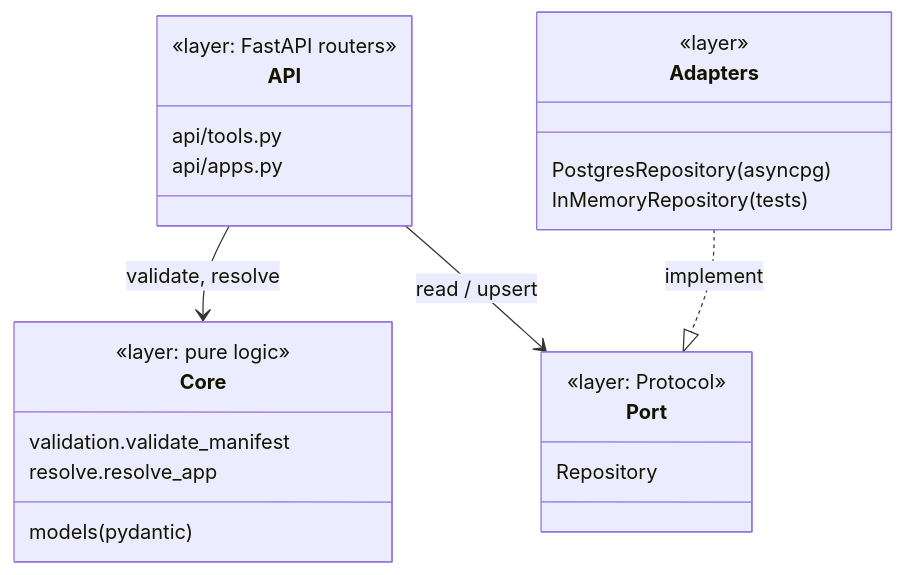
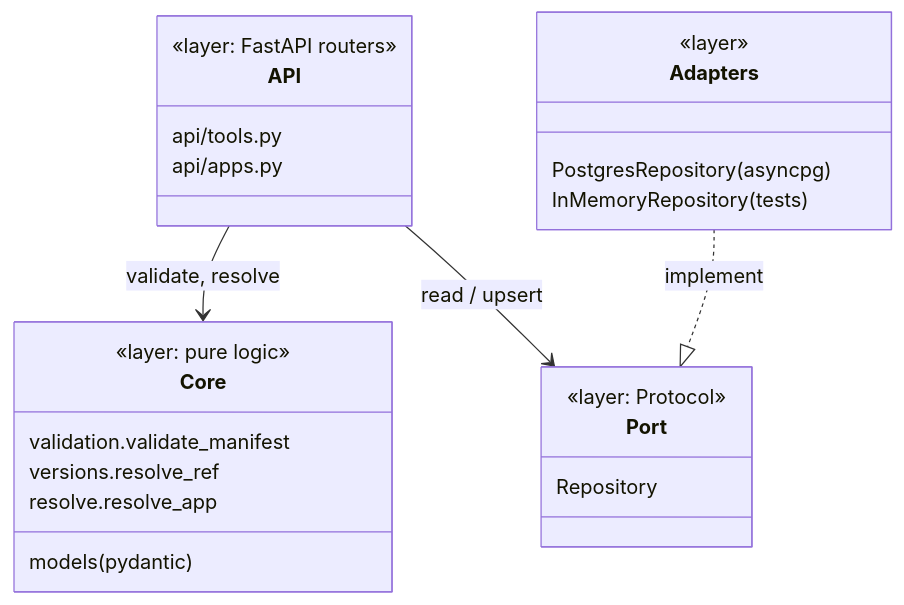
Before and after one commit to SrikanthArgp/agentic-platform: the first of 4 diagrams in backend/services/registry/CLASS_DIAGRAM.md, drawn with Mermaid. The commit also changed other lines of this file and 19 other files, not shown here.

````diff
--- a/backend/services/registry/CLASS_DIAGRAM.md
+++ b/backend/services/registry/CLASS_DIAGRAM.md
@@ -17,27 +21,28 @@
 ```mermaid
 classDiagram
     direction TB
     class API {
         <<layer: FastAPI routers>>
         api/tools.py
         api/apps.py
     }
     class Core {
         <<layer: pure logic>>
         models (pydantic)
         validation.validate_manifest
+        versions.resolve_ref
         resolve.resolve_app
     }
     class Port {
         <<layer: Protocol>>
         Repository
     }
     class Adapters {
         <<layer>>
         PostgresRepository (asyncpg)
         InMemoryRepository (tests)
     }
     API --> Core : validate, resolve
     API --> Port : read / upsert
     Adapters ..|> Port : implement
 ```
````
